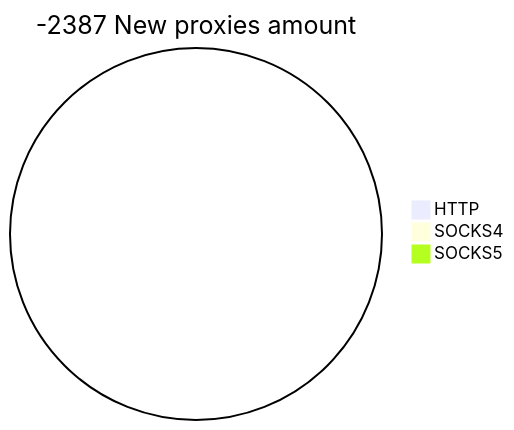
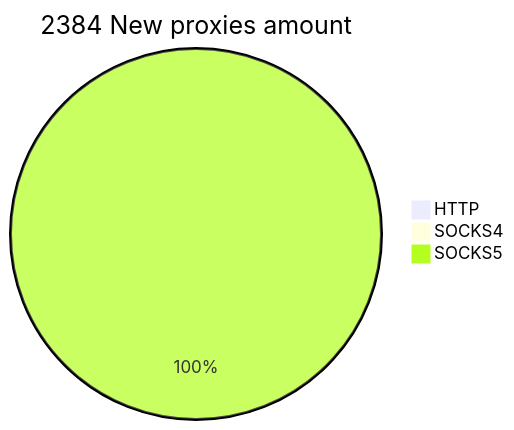
The second of 2 diagrams in README.md (cutipu/proxylist), drawn with Mermaid before and after one commit. The commit also changed other lines of this file, not shown here.

````diff
--- a/README.md
+++ b/README.md
@@ -10,6 +10,6 @@
 ```mermaid
-pie title -2387 New proxies amount
+pie title 2384 New proxies amount
     "HTTP" : 0
     "SOCKS4" : 0
-    "SOCKS5" : 0
+    "SOCKS5" : 2385
 ```
````
